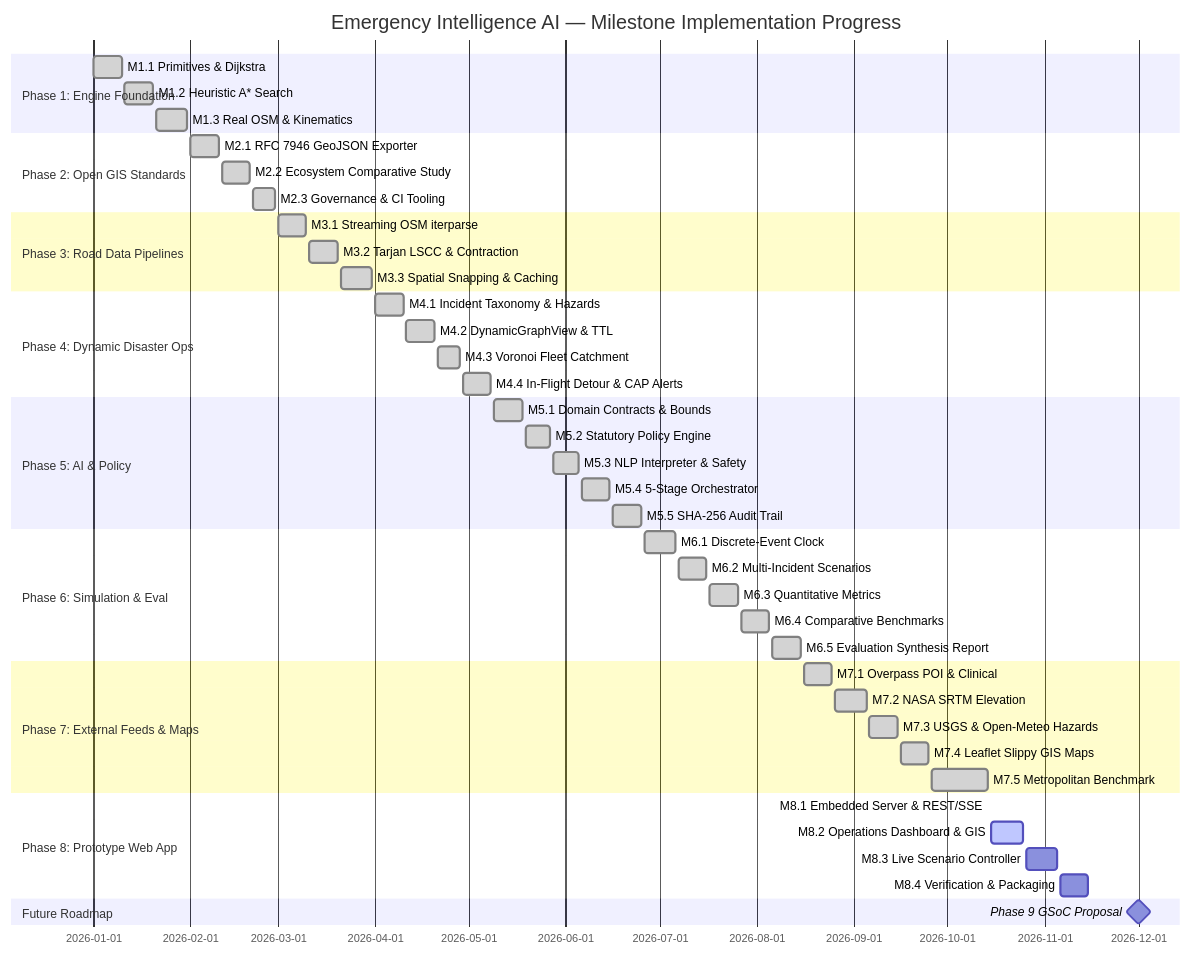
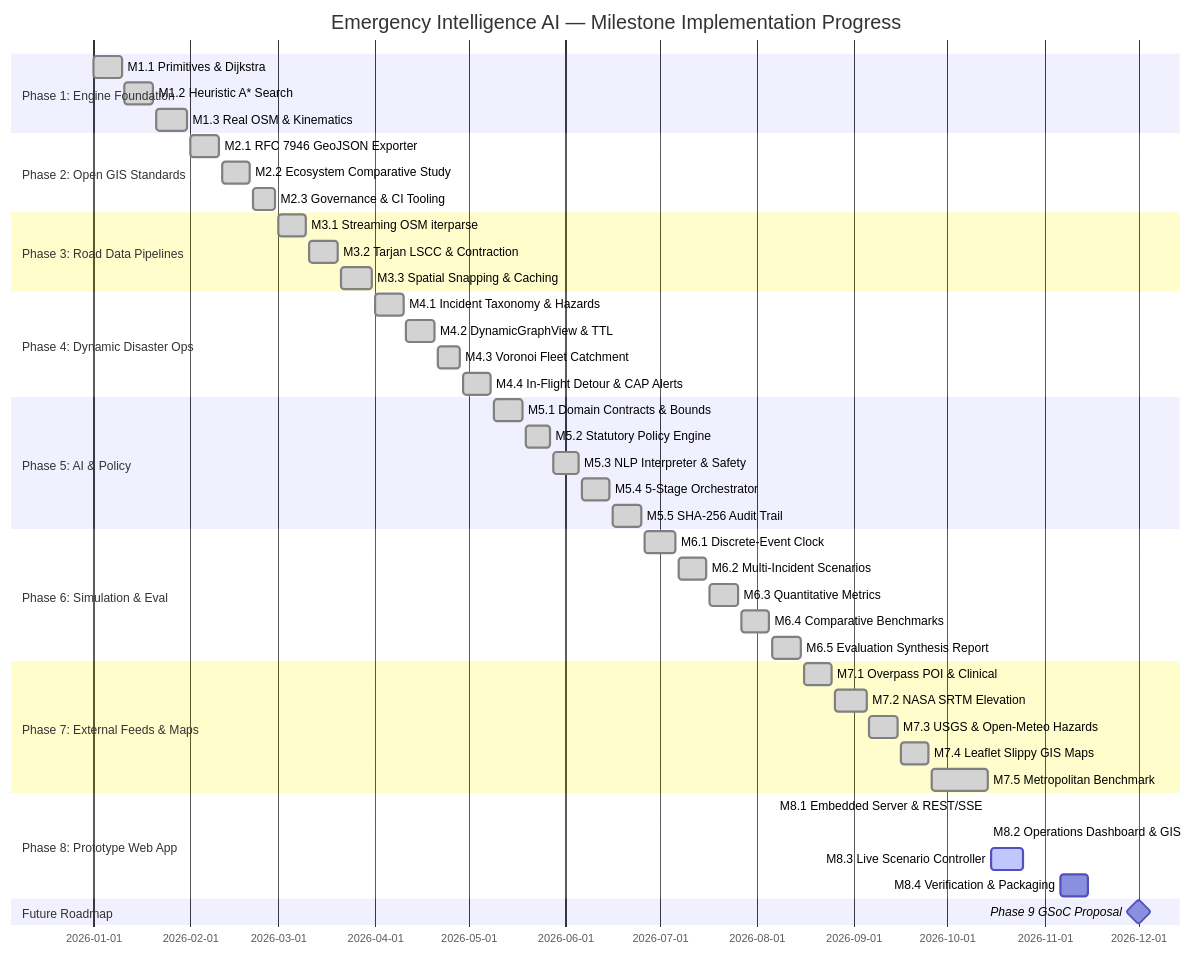
The diagram in updates.md (Akshay-18253/Emergency-Intelligence-AI), drawn with Mermaid before and after one commit. The commit also changed other lines of this file and 12 other files, not shown here.

Commit message:
feat(phase-8): deliver Milestone 8.2 Tactical Operations Dashboard & Interactive GIS Map Canvas

````diff
--- a/updates.md
+++ b/updates.md
@@ -85,47 +86,47 @@
 ```mermaid
 gantt
     title Emergency Intelligence AI — Milestone Implementation Progress
     dateFormat  YYYY-MM-DD
     section Phase 1: Engine Foundation
     M1.1 Primitives & Dijkstra       :done, p1_1, 2026-01-01, 2026-01-10
     M1.2 Heuristic A* Search        :done, p1_2, 2026-01-11, 2026-01-20
     M1.3 Real OSM & Kinematics       :done, p1_3, 2026-01-21, 2026-01-31
     section Phase 2: Open GIS Standards
     M2.1 RFC 7946 GeoJSON Exporter   :done, p2_1, 2026-02-01, 2026-02-10
     M2.2 Ecosystem Comparative Study :done, p2_2, 2026-02-11, 2026-02-20
     M2.3 Governance & CI Tooling     :done, p2_3, 2026-02-21, 2026-02-28
     section Phase 3: Road Data Pipelines
     M3.1 Streaming OSM iterparse     :done, p3_1, 2026-03-01, 2026-03-10
     M3.2 Tarjan LSCC & Contraction   :done, p3_2, 2026-03-11, 2026-03-20
     M3.3 Spatial Snapping & Caching  :done, p3_3, 2026-03-21, 2026-03-31
     section Phase 4: Dynamic Disaster Ops
     M4.1 Incident Taxonomy & Hazards :done, p4_1, 2026-04-01, 2026-04-10
     M4.2 DynamicGraphView & TTL      :done, p4_2, 2026-04-11, 2026-04-20
     M4.3 Voronoi Fleet Catchment     :done, p4_3, 2026-04-21, 2026-04-28
     M4.4 In-Flight Detour & CAP Alerts:done, p4_4, 2026-04-29, 2026-05-08
     section Phase 5: AI & Policy
     M5.1 Domain Contracts & Bounds   :done, p5_1, 2026-05-09, 2026-05-18
     M5.2 Statutory Policy Engine     :done, p5_2, 2026-05-19, 2026-05-27
     M5.3 NLP Interpreter & Safety    :done, p5_3, 2026-05-28, 2026-06-05
     M5.4 5-Stage Orchestrator        :done, p5_4, 2026-06-06, 2026-06-15
     M5.5 SHA-256 Audit Trail         :done, p5_5, 2026-06-16, 2026-06-25
     section Phase 6: Simulation & Eval
     M6.1 Discrete-Event Clock        :done, p6_1, 2026-06-26, 2026-07-06
     M6.2 Multi-Incident Scenarios    :done, p6_2, 2026-07-07, 2026-07-16
     M6.3 Quantitative Metrics        :done, p6_3, 2026-07-17, 2026-07-26
     M6.4 Comparative Benchmarks      :done, p6_4, 2026-07-27, 2026-08-05
     M6.5 Evaluation Synthesis Report :done, p6_5, 2026-08-06, 2026-08-15
     section Phase 7: External Feeds & Maps
     M7.1 Overpass POI & Clinical     :done, p7_1, 2026-08-16, 2026-08-25
     M7.2 NASA SRTM Elevation         :done, p7_2, 2026-08-26, 2026-09-05
     M7.3 USGS & Open-Meteo Hazards   :done, p7_3, 2026-09-06, 2026-09-15
     M7.4 Leaflet Slippy GIS Maps     :done, p7_4, 2026-09-16, 2026-09-25
     M7.5 Metropolitan Benchmark      :done, p7_5, 2026-09-26, 2026-10-14
     section Phase 8: Prototype Web App
     M8.1 Embedded Server & REST/SSE  :done, p8_1, 2026-10-14, 2026-10-14
-    M8.2 Operations Dashboard & GIS  :active, p8_2, 2026-10-15, 2026-10-25
-    M8.3 Live Scenario Controller    :p8_3, 2026-10-26, 2026-11-05
+    M8.2 Operations Dashboard & GIS  :done, p8_2, 2026-10-14, 2026-10-14
+    M8.3 Live Scenario Controller    :active, p8_3, 2026-10-15, 2026-10-25
     M8.4 Verification & Packaging    :p8_4, 2026-11-06, 2026-11-15
     section Future Roadmap
     Phase 9 GSoC Proposal            :milestone, p9, 2026-12-01, 2026-12-01
 ```
````
